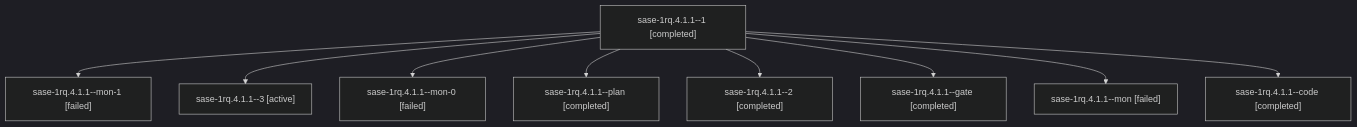
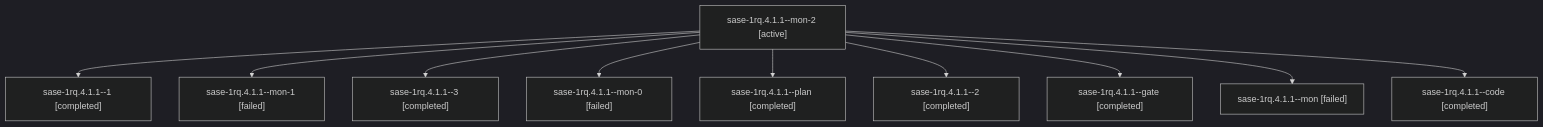
Before and after one commit to sase-org/sase--agents: the diagram in sessions/bbugyi200.athena.sase-1rq.4.1.1.md, drawn with Mermaid (dark theme). The commit also changed other lines of this file and 115 other files, not shown here.

````diff
--- a/sessions/bbugyi200.athena.sase-1rq.4.1.1.md
+++ b/sessions/bbugyi200.athena.sase-1rq.4.1.1.md
@@ -9,20 +9,22 @@
 ```mermaid
 flowchart TD
-  n0["sase-1rq.4.1.1--1 [completed]"]
-  n1["sase-1rq.4.1.1--mon-1 [failed]"]
+  n0["sase-1rq.4.1.1--mon-2 [active]"]
+  n1["sase-1rq.4.1.1--1 [completed]"]
   n0 --> n1
-  n2["sase-1rq.4.1.1--3 [active]"]
+  n2["sase-1rq.4.1.1--mon-1 [failed]"]
   n0 --> n2
-  n3["sase-1rq.4.1.1--mon-0 [failed]"]
+  n3["sase-1rq.4.1.1--3 [completed]"]
   n0 --> n3
-  n4["sase-1rq.4.1.1--plan [completed]"]
+  n4["sase-1rq.4.1.1--mon-0 [failed]"]
   n0 --> n4
-  n5["sase-1rq.4.1.1--2 [completed]"]
+  n5["sase-1rq.4.1.1--plan [completed]"]
   n0 --> n5
-  n6["sase-1rq.4.1.1--gate [completed]"]
+  n6["sase-1rq.4.1.1--2 [completed]"]
   n0 --> n6
-  n7["sase-1rq.4.1.1--mon [failed]"]
+  n7["sase-1rq.4.1.1--gate [completed]"]
   n0 --> n7
-  n8["sase-1rq.4.1.1--code [completed]"]
+  n8["sase-1rq.4.1.1--mon [failed]"]
   n0 --> n8
+  n9["sase-1rq.4.1.1--code [completed]"]
+  n0 --> n9
 ```
````
